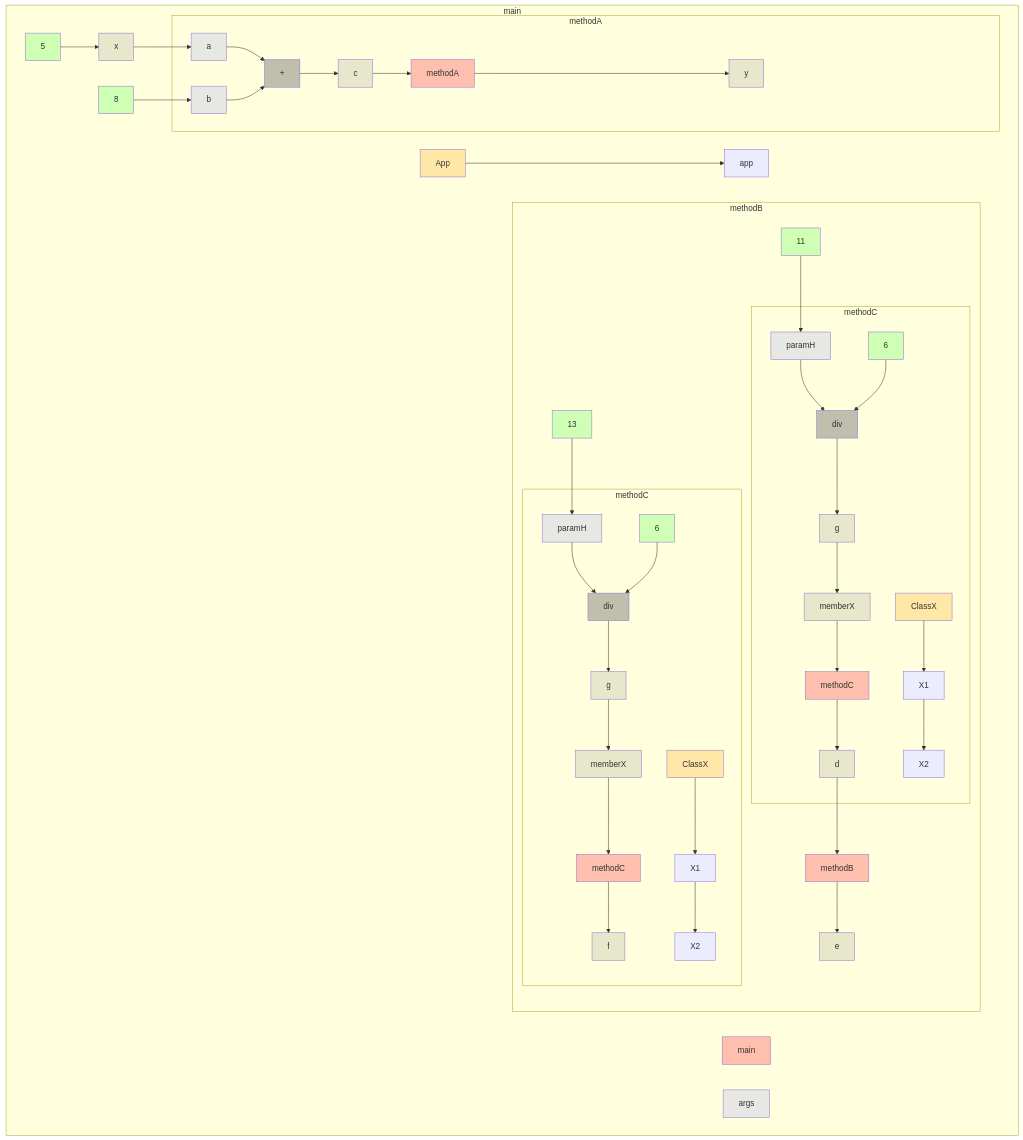
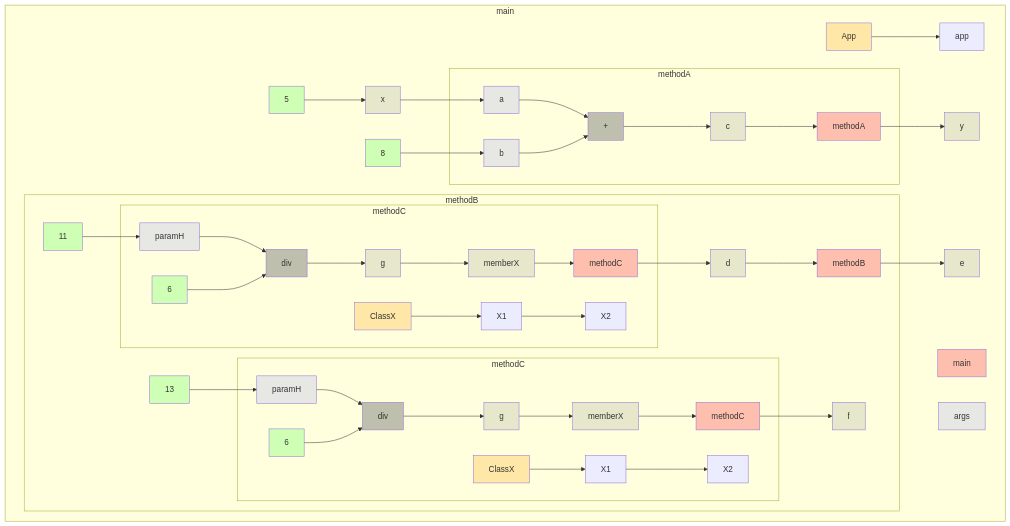
Before and after one commit to gstiebler/codeflow: the diagram in app/src/test/resources/funcCall/truth.md, drawn with Mermaid. The commit also changed 34 other files, not shown here.

```diff
--- a/app/src/test/resources/funcCall/truth.md
+++ b/app/src/test/resources/funcCall/truth.md
@@ -14,13 +14,14 @@
     n4[x]:::VARIABLE --> n8[a]:::FUNC_PARAM
     n5[8]:::LITERAL --> n9[b]:::FUNC_PARAM
     n13[App]:::EXTERNAL --> n14[app]:::OBJ_VARIABLE
+    n7[methodA]:::RETURN --> n12[y]:::VARIABLE
+    n16[methodB]:::RETURN --> n41[e]:::VARIABLE
     subgraph b6["methodA"]
       n7[methodA]:::RETURN
       n8[a]:::FUNC_PARAM
       n9[b]:::FUNC_PARAM
       n10[+]:::BIN_OP
       n11[c]:::VARIABLE
-      n7[methodA]:::RETURN --> n12[y]:::VARIABLE
       n8[a]:::FUNC_PARAM --> n10[+]:::BIN_OP
       n9[b]:::FUNC_PARAM --> n10[+]:::BIN_OP
       n10[+]:::BIN_OP --> n11[c]:::VARIABLE
@@ -32,10 +33,11 @@
       n28[d]:::VARIABLE
       n29[13]:::LITERAL
       n40[f]:::VARIABLE
-      n16[methodB]:::RETURN --> n41[e]:::VARIABLE
       n17[11]:::LITERAL --> n20[paramH]:::FUNC_PARAM
       n28[d]:::VARIABLE --> n16[methodB]:::RETURN
       n29[13]:::LITERAL --> n32[paramH]:::FUNC_PARAM
+      n19[methodC]:::RETURN --> n28[d]:::VARIABLE
+      n31[methodC]:::RETURN --> n40[f]:::VARIABLE
       subgraph b18["methodC"]
         n19[methodC]:::RETURN
         n20[paramH]:::FUNC_PARAM
@@ -46,7 +48,6 @@
         n25[X1]:::OBJ_VARIABLE
         n26[memberX]:::VARIABLE
         n27[X2]:::OBJ_VARIABLE
-        n19[methodC]:::RETURN --> n28[d]:::VARIABLE
         n20[paramH]:::FUNC_PARAM --> n22[div]:::BIN_OP
         n21[6]:::LITERAL --> n22[div]:::BIN_OP
         n22[div]:::BIN_OP --> n23[g]:::VARIABLE
@@ -65,7 +66,6 @@
         n37[X1]:::OBJ_VARIABLE
         n38[memberX]:::VARIABLE
         n39[X2]:::OBJ_VARIABLE
-        n31[methodC]:::RETURN --> n40[f]:::VARIABLE
         n32[paramH]:::FUNC_PARAM --> n34[div]:::BIN_OP
         n33[6]:::LITERAL --> n34[div]:::BIN_OP
         n34[div]:::BIN_OP --> n35[g]:::VARIABLE
```
